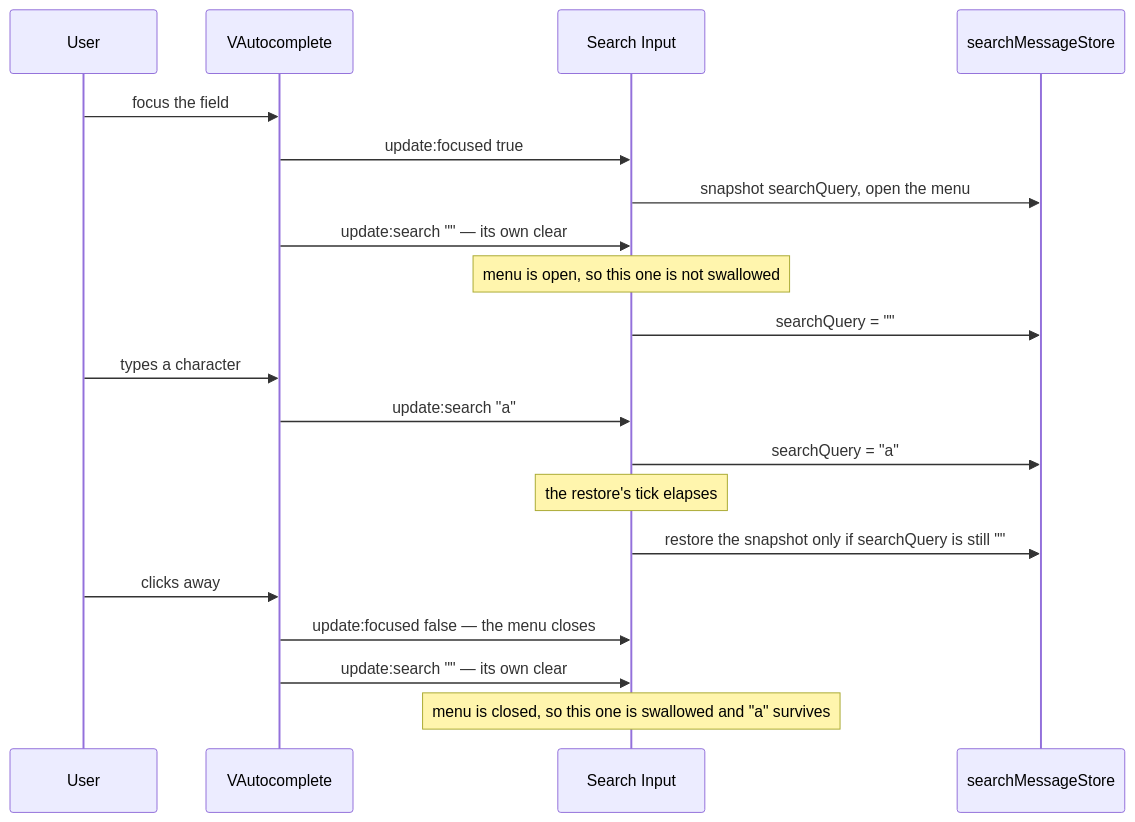
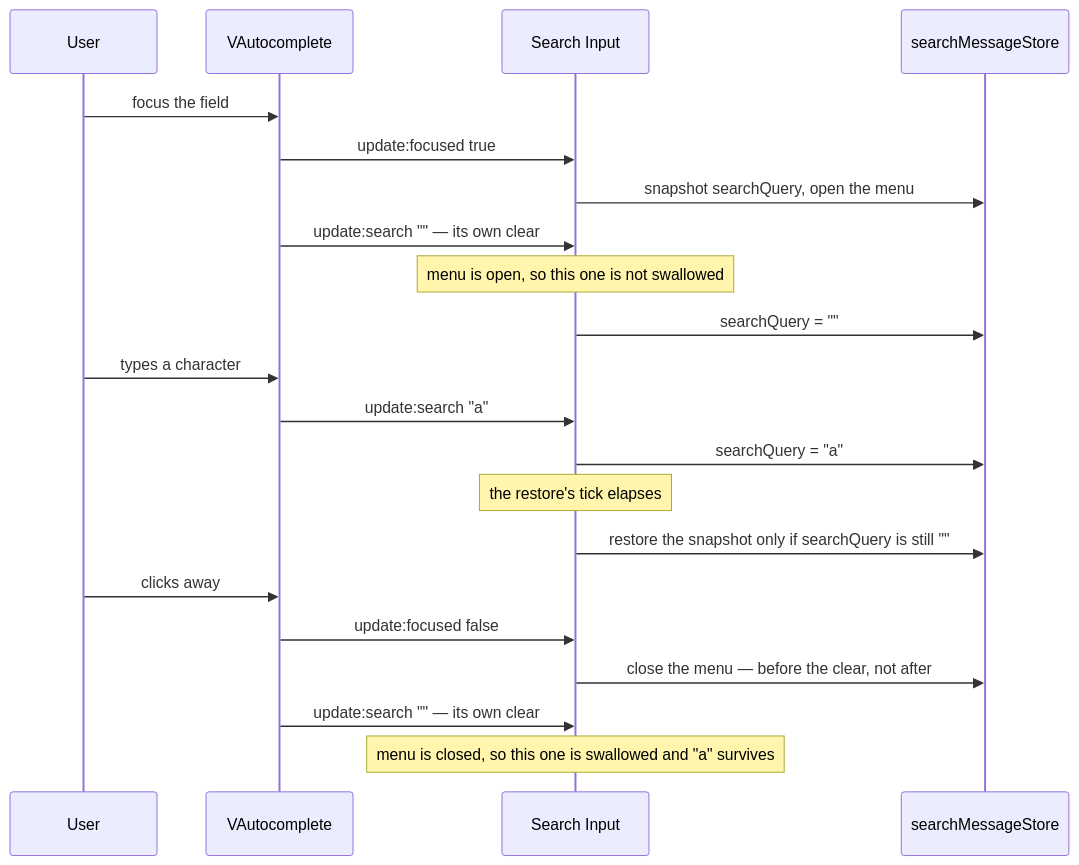
One commit to Esposter/Esposter changed the second of 4 diagrams in packages/app/content/docs/esbabbler/message-search.md. Above: the diagram before and after it, drawn with Mermaid. The commit also changed other lines of this file and 2 other files, not shown here.

First line of the commit message:
fix(search): close the menu on blur, so Vuetify's clear is swallowed

````diff
--- a/packages/app/content/docs/esbabbler/message-search.md
+++ b/packages/app/content/docs/esbabbler/message-search.md
@@ -46,23 +46,24 @@
 ```mermaid
 sequenceDiagram
   participant User
   participant Vuetify as VAutocomplete
   participant Input as Search Input
   participant Store as searchMessageStore
 
   User->>Vuetify: focus the field
   Vuetify->>Input: update:focused true
   Input->>Store: snapshot searchQuery, open the menu
   Vuetify->>Input: update:search "" — its own clear
   Note over Input: menu is open, so this one is not swallowed
   Input->>Store: searchQuery = ""
   User->>Vuetify: types a character
   Vuetify->>Input: update:search "a"
   Input->>Store: searchQuery = "a"
   Note over Input: the restore's tick elapses
   Input->>Store: restore the snapshot only if searchQuery is still ""
   User->>Vuetify: clicks away
-  Vuetify->>Input: update:focused false — the menu closes
+  Vuetify->>Input: update:focused false
+  Input->>Store: close the menu — before the clear, not after
   Vuetify->>Input: update:search "" — its own clear
   Note over Input: menu is closed, so this one is swallowed and "a" survives
 ```
````
